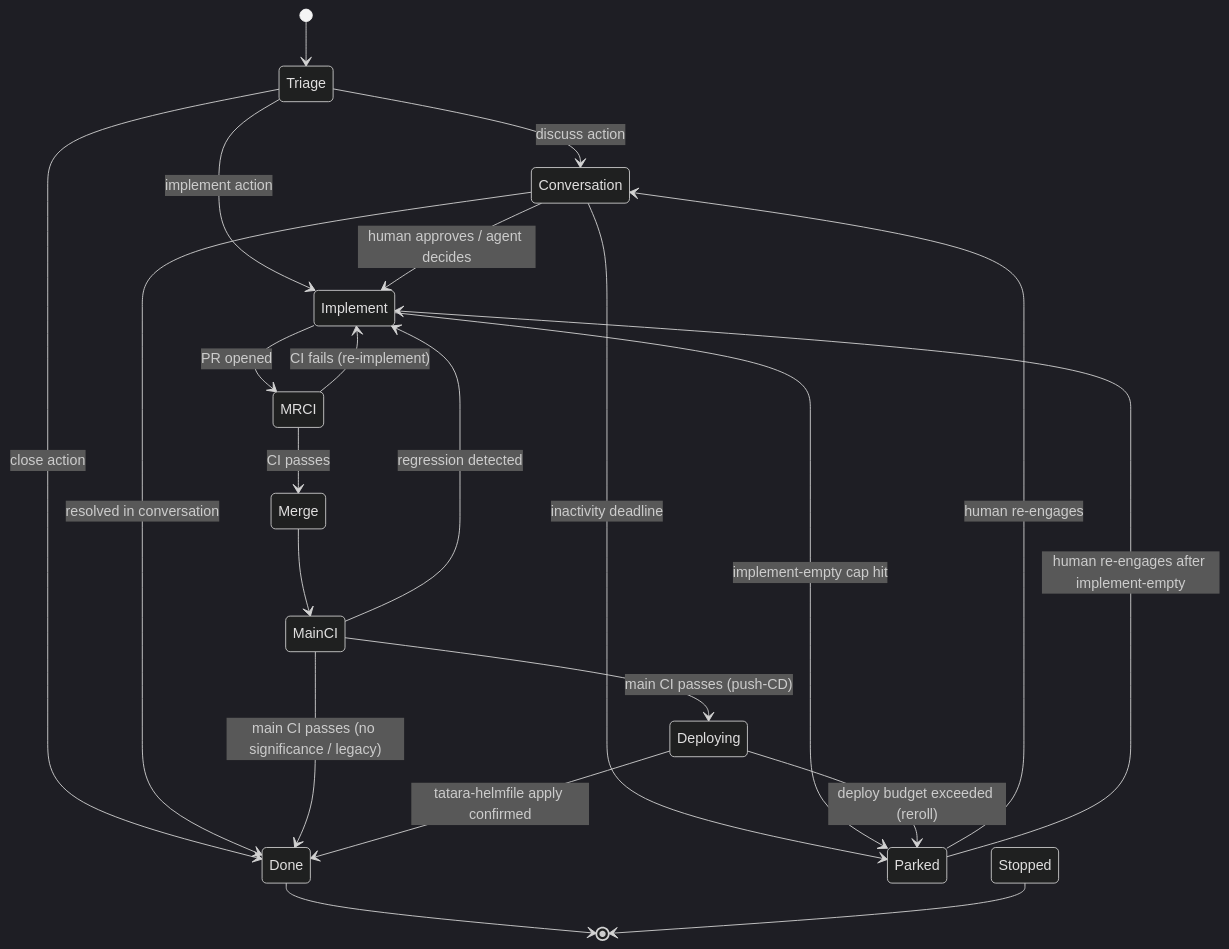
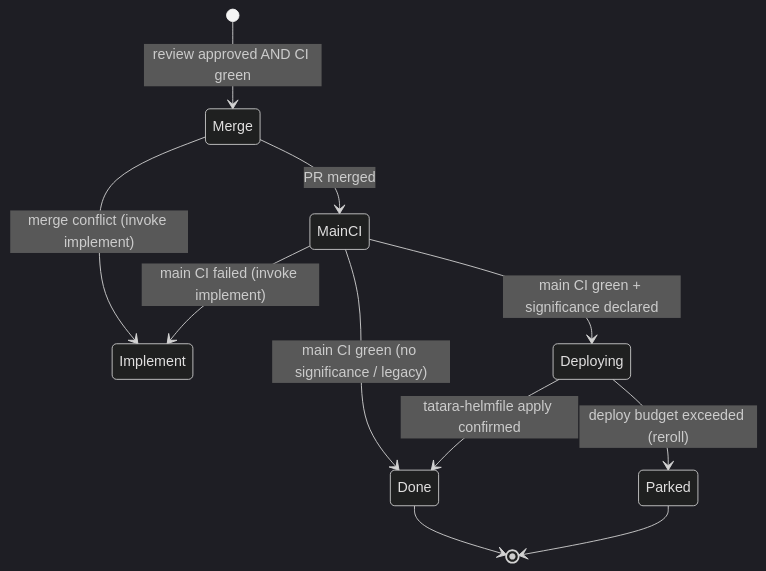
The diagram in docs/reference/task.md (szymonrychu/tatara-documentation), drawn with Mermaid (dark theme) before and after one commit. The commit also changed other lines of this file and 39 other files, not shown here.

````diff
--- a/docs/reference/task.md
+++ b/docs/reference/task.md
@@ -212,24 +326,13 @@
 ```mermaid
 stateDiagram-v2
-    [*] --> Triage
-    Triage --> Conversation : discuss action
-    Triage --> Implement : implement action
-    Triage --> Done : close action
-    Conversation --> Implement : human approves / agent decides
-    Conversation --> Parked : inactivity deadline
-    Conversation --> Done : resolved in conversation
-    Implement --> MRCI : PR opened
-    Implement --> Parked : implement-empty cap hit
-    MRCI --> Merge : CI passes
-    MRCI --> Implement : CI fails (re-implement)
-    Merge --> MainCI
-    MainCI --> Deploying : main CI passes (push-CD)
-    MainCI --> Done : main CI passes (no significance / legacy)
-    MainCI --> Implement : regression detected
+    [*] --> Merge : review approved AND CI green
+    Merge --> MainCI : PR merged
+    Merge --> Implement : merge conflict (invoke implement)
+    MainCI --> Deploying : main CI green + significance declared
+    MainCI --> Done : main CI green (no significance / legacy)
+    MainCI --> Implement : main CI failed (invoke implement)
     Deploying --> Done : tatara-helmfile apply confirmed
     Deploying --> Parked : deploy budget exceeded (reroll)
     Done --> [*]
-    Stopped --> [*]
-    Parked --> Conversation : human re-engages
-    Parked --> Implement : human re-engages after implement-empty
+    Parked --> [*]
 ```
````
